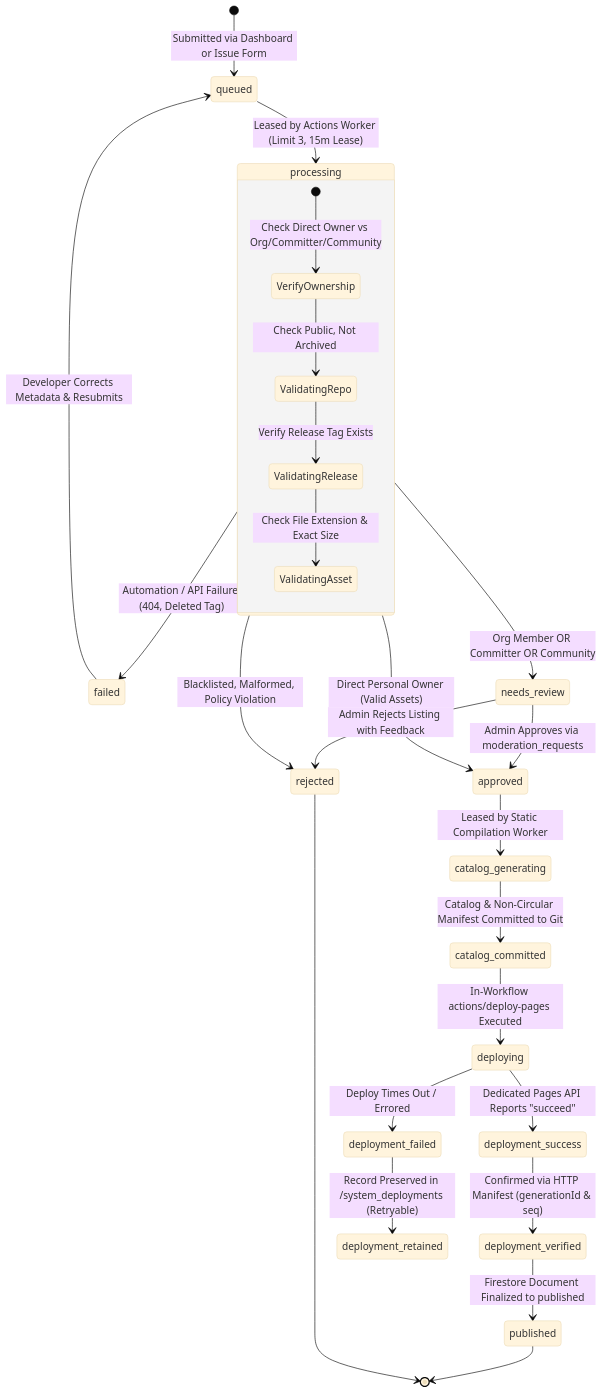
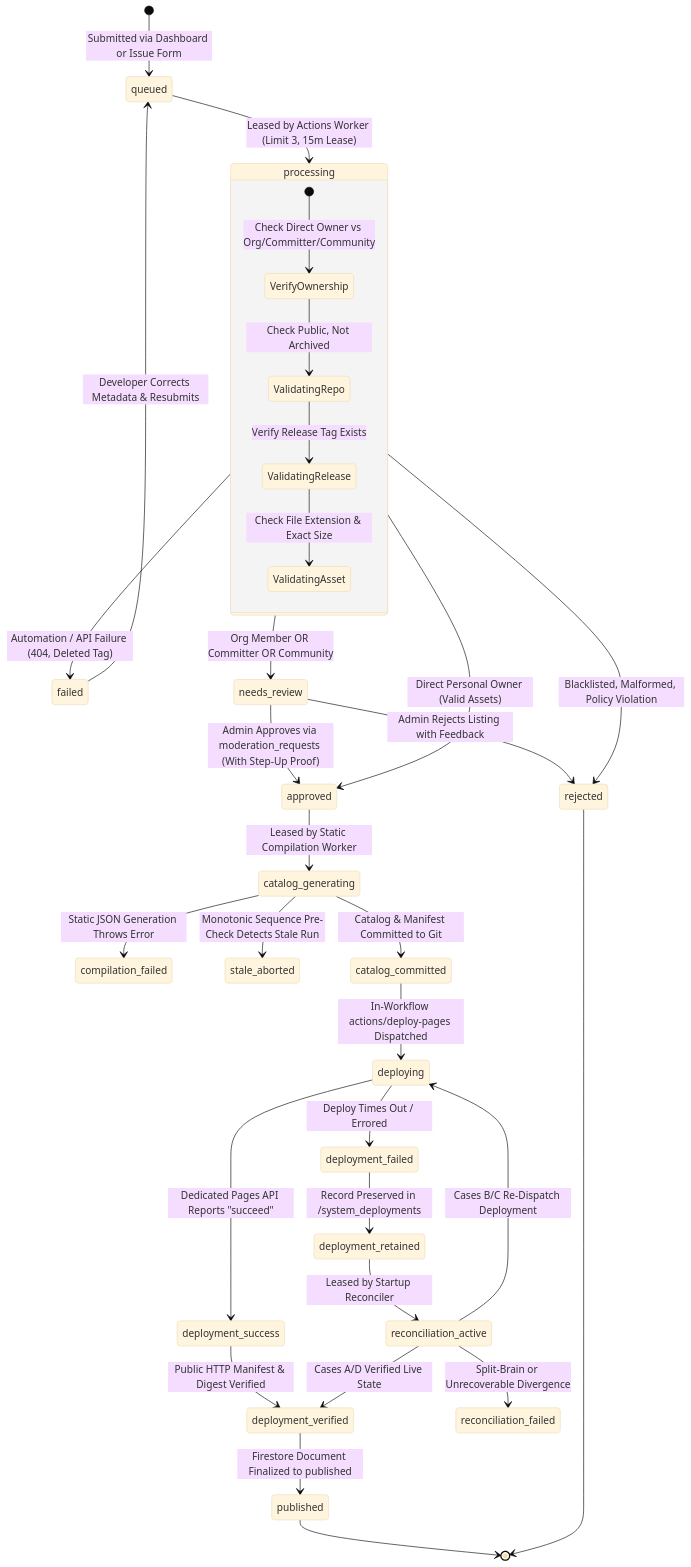
One commit to Rohitpvt/GitStore changed the first of 2 diagrams in docs/SUBMISSION_PIPELINE.md. Above: the diagram before and after it, drawn with Mermaid (base theme). The commit also changed other lines of this file and 13 other files, not shown here.

Commit message:
chore(phase-0.1.5): finalize security rules, step-up auth and deployment recovery audit

````diff
--- a/docs/SUBMISSION_PIPELINE.md
+++ b/docs/SUBMISSION_PIPELINE.md
@@ -27,33 +28,39 @@
 ```mermaid
 stateDiagram-v2
     [*] --> queued: Submitted via Dashboard or Issue Form
     queued --> processing: Leased by Actions Worker (Limit 3, 15m Lease)
     
     state processing {
         [*] --> VerifyOwnership: Check Direct Owner vs Org/Committer/Community
         VerifyOwnership --> ValidatingRepo: Check Public, Not Archived
         ValidatingRepo --> ValidatingRelease: Verify Release Tag Exists
         ValidatingRelease --> ValidatingAsset: Check File Extension & Exact Size
     }
 
     processing --> failed: Automation / API Failure (404, Deleted Tag)
     processing --> rejected: Blacklisted, Malformed, Policy Violation
     
     processing --> needs_review: Org Member OR Committer OR Community
     processing --> approved: Direct Personal Owner (Valid Assets)
     
-    needs_review --> approved: Admin Approves via moderation_requests
+    needs_review --> approved: Admin Approves via moderation_requests (With Step-Up Proof)
     needs_review --> rejected: Admin Rejects Listing with Feedback
     
     approved --> catalog_generating: Leased by Static Compilation Worker
-    catalog_generating --> catalog_committed: Catalog & Non-Circular Manifest Committed to Git
-    catalog_committed --> deploying: In-Workflow actions/deploy-pages Executed
+    catalog_generating --> compilation_failed: Static JSON Generation Throws Error
+    catalog_generating --> stale_aborted: Monotonic Sequence Pre-Check Detects Stale Run
+    catalog_generating --> catalog_committed: Catalog & Manifest Committed to Git
+    catalog_committed --> deploying: In-Workflow actions/deploy-pages Dispatched
     deploying --> deployment_success: Dedicated Pages API Reports "succeed"
-    deployment_success --> deployment_verified: Confirmed via HTTP Manifest (generationId & seq)
+    deployment_success --> deployment_verified: Public HTTP Manifest & Digest Verified
     deployment_verified --> published: Firestore Document Finalized to published
     deploying --> deployment_failed: Deploy Times Out / Errored
-    deployment_failed --> deployment_retained: Record Preserved in /system_deployments (Retryable)
+    deployment_failed --> deployment_retained: Record Preserved in /system_deployments
+    deployment_retained --> reconciliation_active: Leased by Startup Reconciler
+    reconciliation_active --> deploying: Cases B/C Re-Dispatch Deployment
+    reconciliation_active --> deployment_verified: Cases A/D Verified Live State
+    reconciliation_active --> reconciliation_failed: Split-Brain or Unrecoverable Divergence
     published --> [*]
     failed --> queued: Developer Corrects Metadata & Resubmits
     rejected --> [*]
 ```
````
